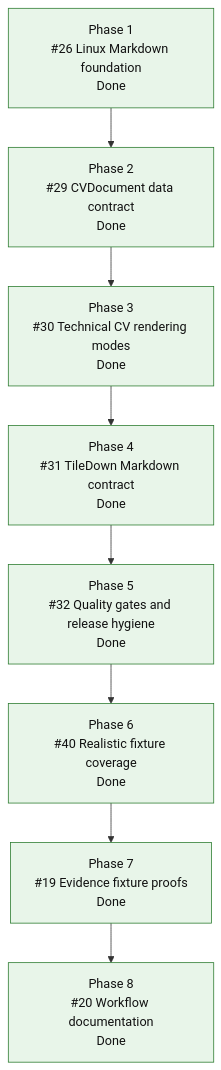
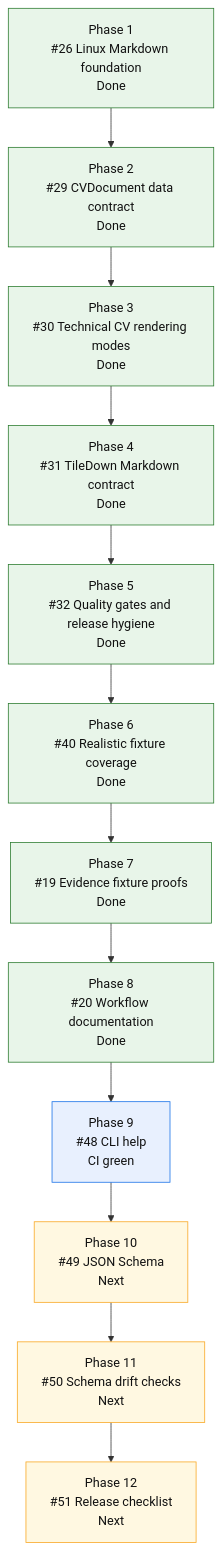
The diagram in README.md (mihaelamj/cvbuilder), drawn with Mermaid before and after one commit. The commit also changed other lines of this file and 6 other files, not shown here.

````diff
--- a/README.md
+++ b/README.md
@@ -156,22 +163,28 @@
 ```mermaid
 flowchart TD
     P1["Phase 1<br/>#26 Linux Markdown foundation<br/>Done"]
     P2["Phase 2<br/>#29 CVDocument data contract<br/>Done"]
     P3["Phase 3<br/>#30 Technical CV rendering modes<br/>Done"]
     P4["Phase 4<br/>#31 TileDown Markdown contract<br/>Done"]
     P5["Phase 5<br/>#32 Quality gates and release hygiene<br/>Done"]
     P6["Phase 6<br/>#40 Realistic fixture coverage<br/>Done"]
     P7["Phase 7<br/>#19 Evidence fixture proofs<br/>Done"]
     P8["Phase 8<br/>#20 Workflow documentation<br/>Done"]
+    P9["Phase 9<br/>#48 CLI help<br/>CI green"]
+    P10["Phase 10<br/>#49 JSON Schema<br/>Next"]
+    P11["Phase 11<br/>#50 Schema drift checks<br/>Next"]
+    P12["Phase 12<br/>#51 Release checklist<br/>Next"]
 
-    P1 --> P2 --> P3 --> P4 --> P5 --> P6 --> P7 --> P8
+    P1 --> P2 --> P3 --> P4 --> P5 --> P6 --> P7 --> P8 --> P9 --> P10 --> P11 --> P12
 
     classDef done fill:#e8f5e9,stroke:#2e7d32,color:#111;
     classDef active fill:#fff3e0,stroke:#ef6c00,color:#111;
     classDef review fill:#e8f0fe,stroke:#1a73e8,color:#111;
     classDef next fill:#fff8e1,stroke:#f9a825,color:#111;
     classDef partial fill:#e0f7fa,stroke:#00838f,color:#111;
     classDef todo fill:#eef3ff,stroke:#3367d6,color:#111;
     class P1,P2,P3,P4 done;
     class P5,P6,P7,P8 done;
+    class P9 review;
+    class P10,P11,P12 next;
 ```
````
